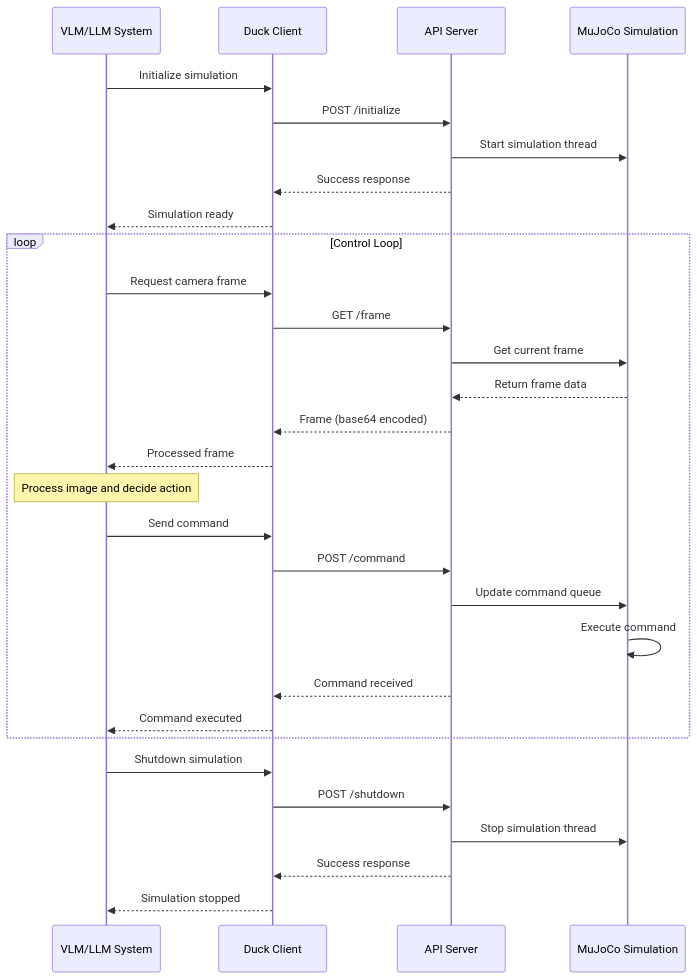
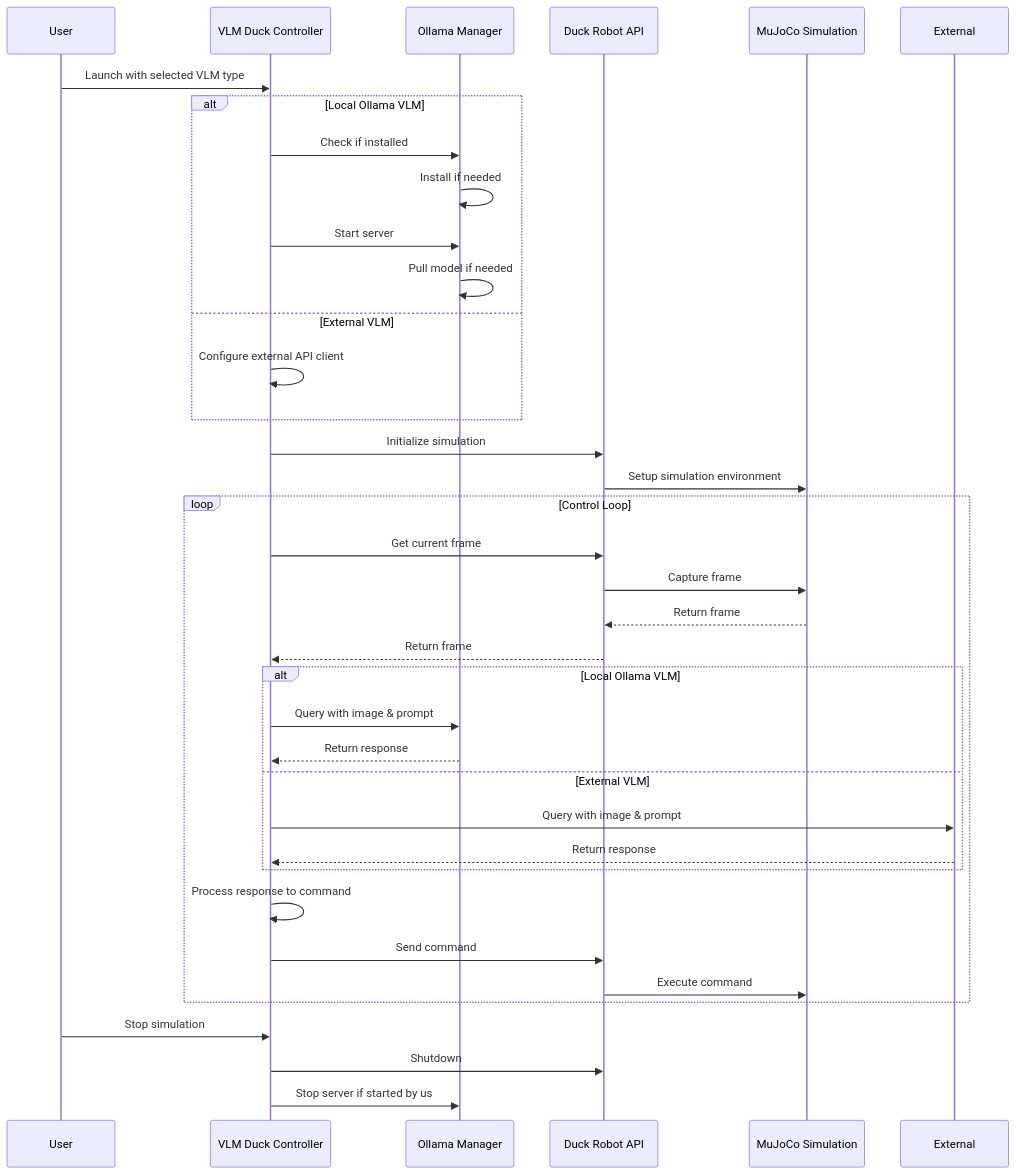
Before and after one commit to Aronnaxx/d00t: the second of 3 diagrams in README.md, drawn with Mermaid. The commit also changed other lines of this file and 3 other files, not shown here.

````diff
--- a/README.md
+++ b/README.md
@@ -47,37 +36,45 @@
 ```mermaid
 sequenceDiagram
-    participant VLM as VLM/LLM System
-    participant Client as Duck Client
-    participant API as API Server
+    participant User
+    participant VLM as VLM Duck Controller
+    participant Ollama as Ollama Manager
+    participant API as Duck Robot API
     participant MuJoCo as MuJoCo Simulation
+
+    User->>VLM: Launch with selected VLM type
     
-    VLM->>Client: Initialize simulation
-    Client->>API: POST /initialize
-    API->>MuJoCo: Start simulation thread
-    API-->>Client: Success response
-    Client-->>VLM: Simulation ready
+    alt Local Ollama VLM
+        VLM->>Ollama: Check if installed
+        Ollama->>Ollama: Install if needed
+        VLM->>Ollama: Start server
+        Ollama->>Ollama: Pull model if needed
+    else External VLM
+        VLM->>VLM: Configure external API client
+    end
+    
+    VLM->>API: Initialize simulation
+    API->>MuJoCo: Setup simulation environment
     
     loop Control Loop
-        VLM->>Client: Request camera frame
-        Client->>API: GET /frame
-        API->>MuJoCo: Get current frame
-        MuJoCo-->>API: Return frame data
-        API-->>Client: Frame (base64 encoded)
-        Client-->>VLM: Processed frame
+        VLM->>API: Get current frame
+        API->>MuJoCo: Capture frame
+        MuJoCo-->>API: Return frame
+        API-->>VLM: Return frame
         
-        Note over VLM: Process image and decide action
+        alt Local Ollama VLM
+            VLM->>Ollama: Query with image & prompt
+            Ollama-->>VLM: Return response
+        else External VLM
+            VLM->>External: Query with image & prompt
+            External-->>VLM: Return response
+        end
         
-        VLM->>Client: Send command
-        Client->>API: POST /command
-        API->>MuJoCo: Update command queue
-        MuJoCo->>MuJoCo: Execute command
-        API-->>Client: Command received
-        Client-->>VLM: Command executed
+        VLM->>VLM: Process response to command
+        VLM->>API: Send command
+        API->>MuJoCo: Execute command
     end
     
-    VLM->>Client: Shutdown simulation
-    Client->>API: POST /shutdown
-    API->>MuJoCo: Stop simulation thread
-    API-->>Client: Success response
-    Client-->>VLM: Simulation stopped
+    User->>VLM: Stop simulation
+    VLM->>API: Shutdown
+    VLM->>Ollama: Stop server if started by us
 ```
````
